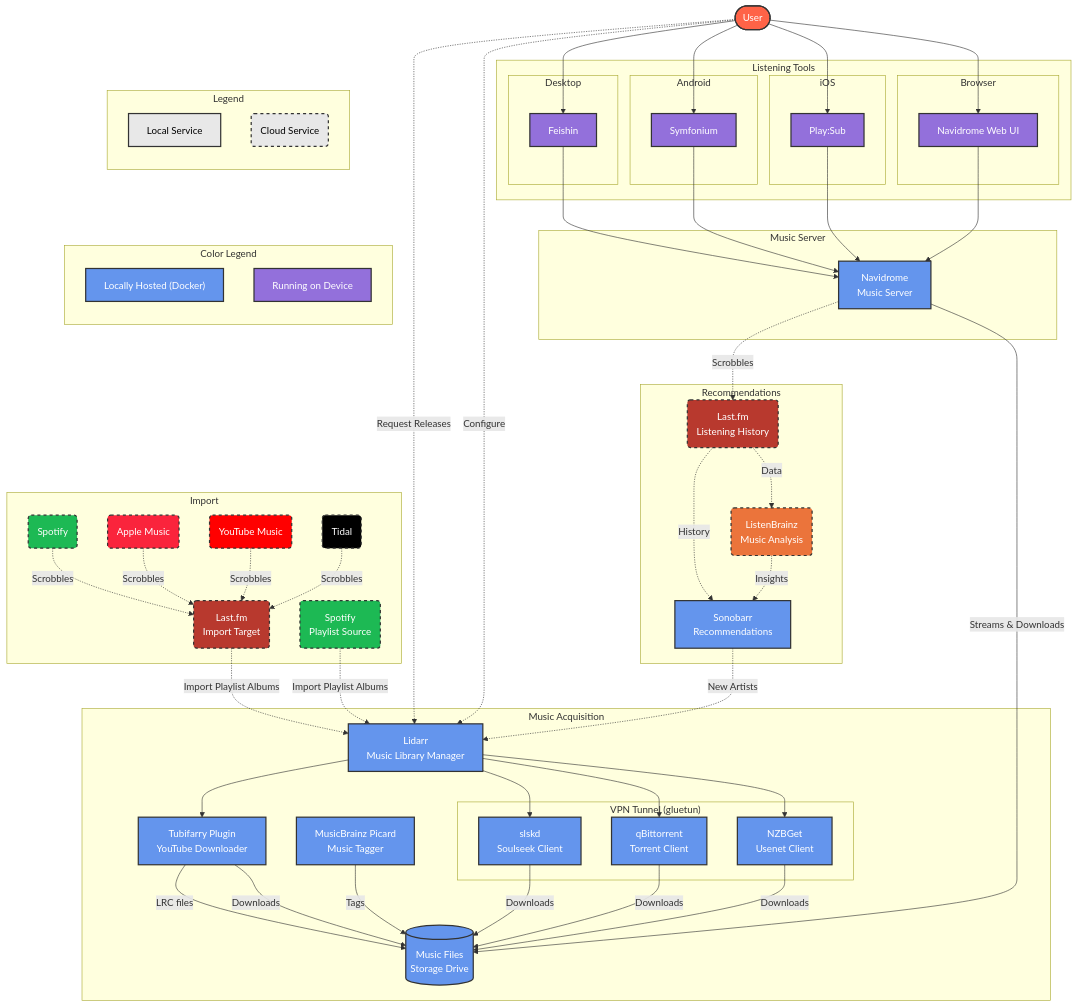
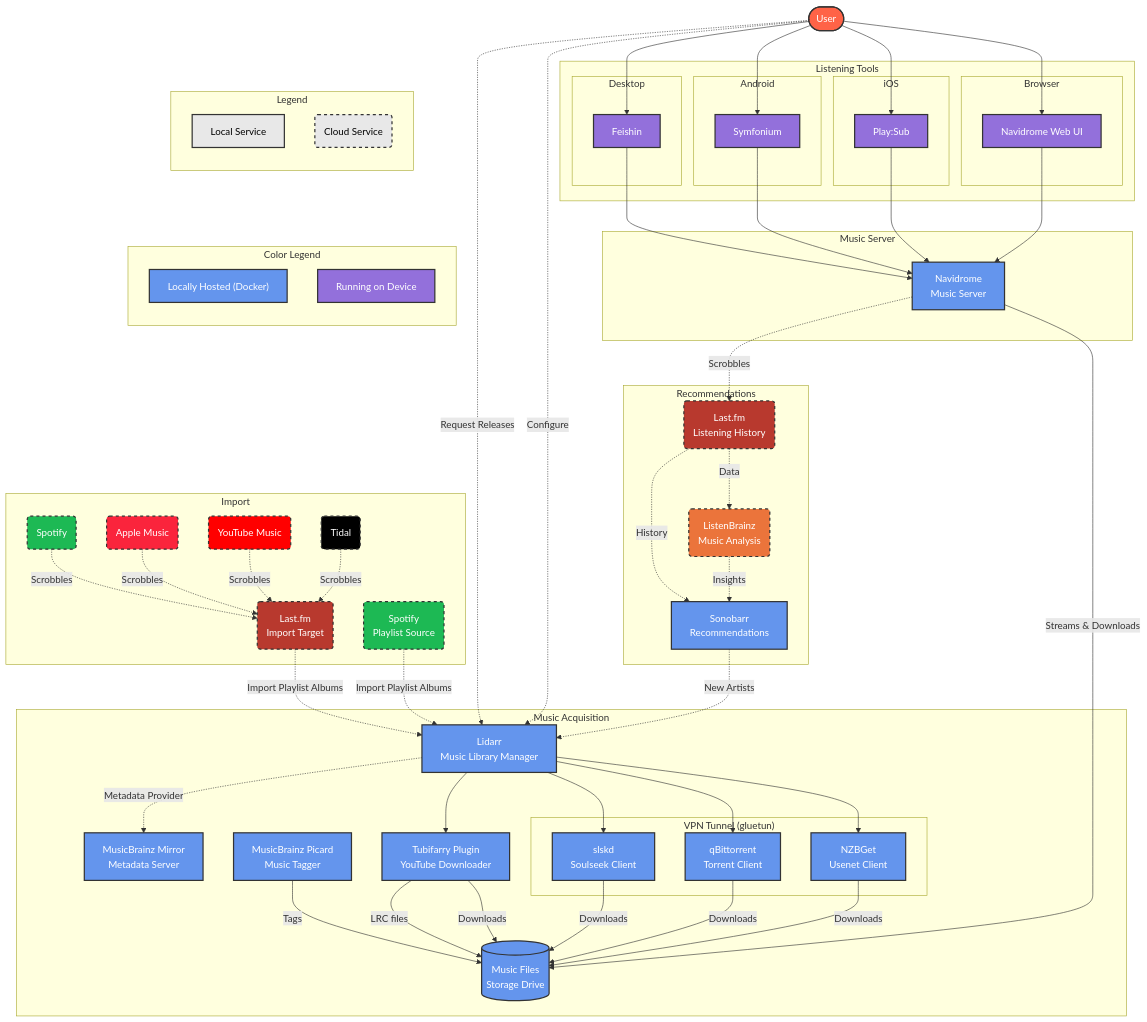
One commit to minchingtonak/HaC changed the third of 3 diagrams in README.md. Above: the diagram before and after it, drawn with Mermaid. The commit also changed other lines of this file, not shown here.

Commit message:
docs: add MB mirror to music stack architecture

```diff
--- a/README.md
+++ b/README.md
@@ -524,6 +526,7 @@
         MusicFiles[("Music Files<br/>Storage Drive")]
         tubifarry["Tubifarry Plugin<br/>YouTube Downloader"]
         Lidarr["Lidarr<br/>Music Library Manager"]
+        MusicBrainzMirror["MusicBrainz Mirror<br/>Metadata Server"]
     end
 
     subgraph subGraph2["Recommendations"]
@@ -573,6 +576,7 @@
     Lidarr --> qbittorrent
     Lidarr --> slskd
     Lidarr --> tubifarry
+    Lidarr -.->|Metadata Provider| MusicBrainzMirror
 
     %% Connections - External Services
     Navidrome -.->|Scrobbles| LastFM
@@ -611,7 +615,7 @@
     classDef legendDeviceStyle fill:#9370DB,stroke:#333,stroke-width:2px,color:white
     classDef legendBrandStyle fill:#3CB371,stroke:#333,stroke-width:2px,stroke-dasharray: 5 5,color:white
 
-    class Lidarr,nzbget,qbittorrent,slskd,tubifarry,Picard,MusicFiles,Sonobarr acquisitionLocal
+    class Lidarr,nzbget,qbittorrent,slskd,tubifarry,Picard,MusicFiles,Sonobarr,MusicBrainzMirror acquisitionLocal
     class Navidrome serverLocal
     class LastFM lastfmCloud
     class ListenBrainz listenbrainzCloud
```
